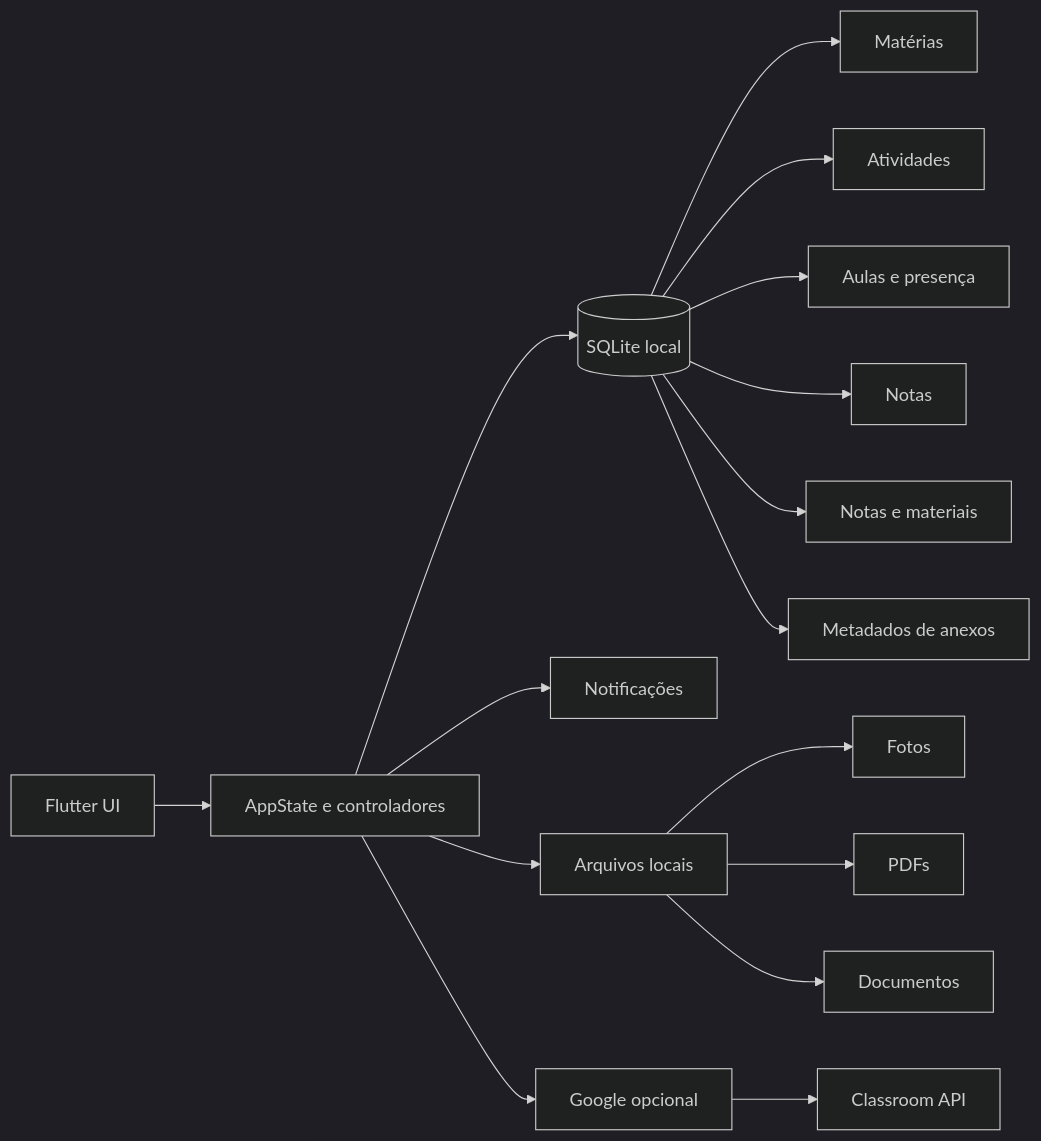
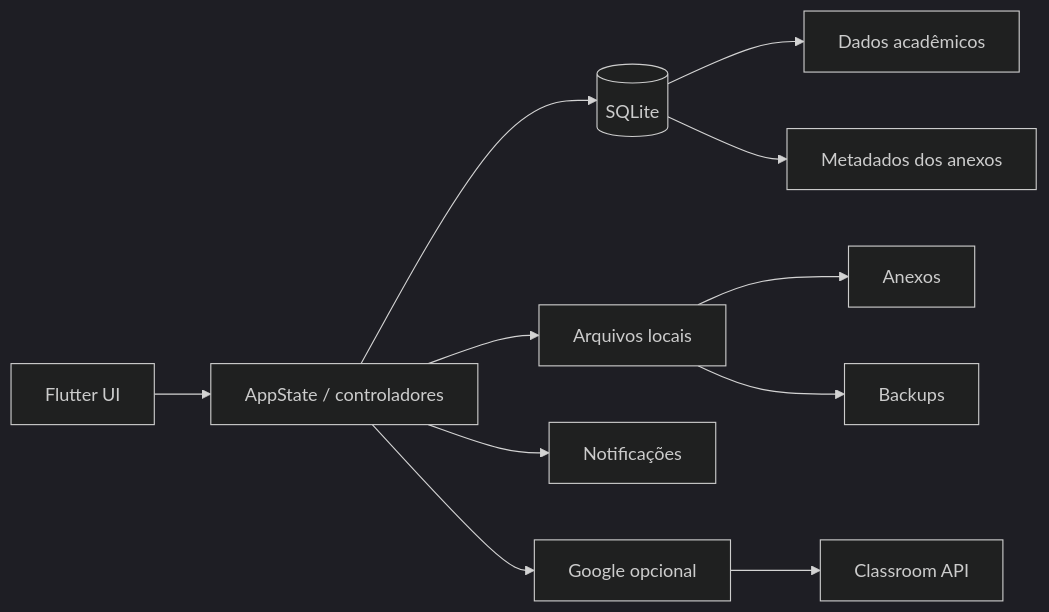
One commit to VictorAms12/academia-flow changed the third of 3 diagrams in README.md. Above: the diagram before and after it, drawn with Mermaid (dark theme). The commit also changed other lines of this file, not shown here.

Commit message:
docs: atualiza README para 2.6.5 e backup seguro

````diff
--- a/README.md
+++ b/README.md
@@ -317,20 +300,14 @@
 ```mermaid
 flowchart LR
-    UI[Flutter UI] --> STATE[AppState e controladores]
-    STATE --> DB[(SQLite local)]
+    UI[Flutter UI] --> STATE[AppState / controladores]
+    STATE --> DB[(SQLite)]
+    STATE --> FILES[Arquivos locais]
     STATE --> NOTIF[Notificações]
-    STATE --> FILES[Arquivos locais]
     STATE --> GOOGLE[Google opcional]
+
+    DB --> ACADEMIC[Dados acadêmicos]
+    DB --> META[Metadados dos anexos]
+    FILES --> ATTACH[Anexos]
+    FILES --> BACKUP[Backups]
     GOOGLE --> CLASSROOM[Classroom API]
-
-    DB --> SUBJECTS[Matérias]
-    DB --> TASKS[Atividades]
-    DB --> CLASSES[Aulas e presença]
-    DB --> GRADES[Notas]
-    DB --> NOTES[Notas e materiais]
-    DB --> ATTACH[Metadados de anexos]
-
-    FILES --> PHOTOS[Fotos]
-    FILES --> PDF[PDFs]
-    FILES --> DOCS[Documentos]
 ```
````
